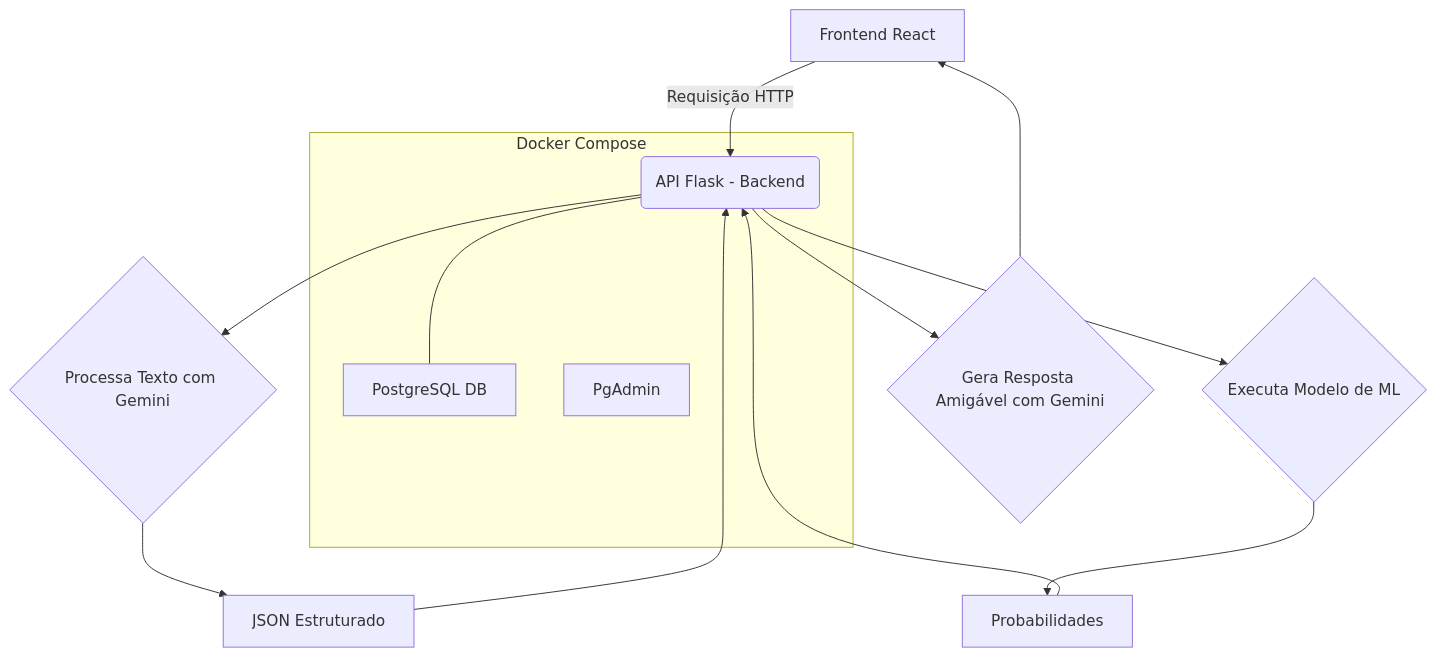
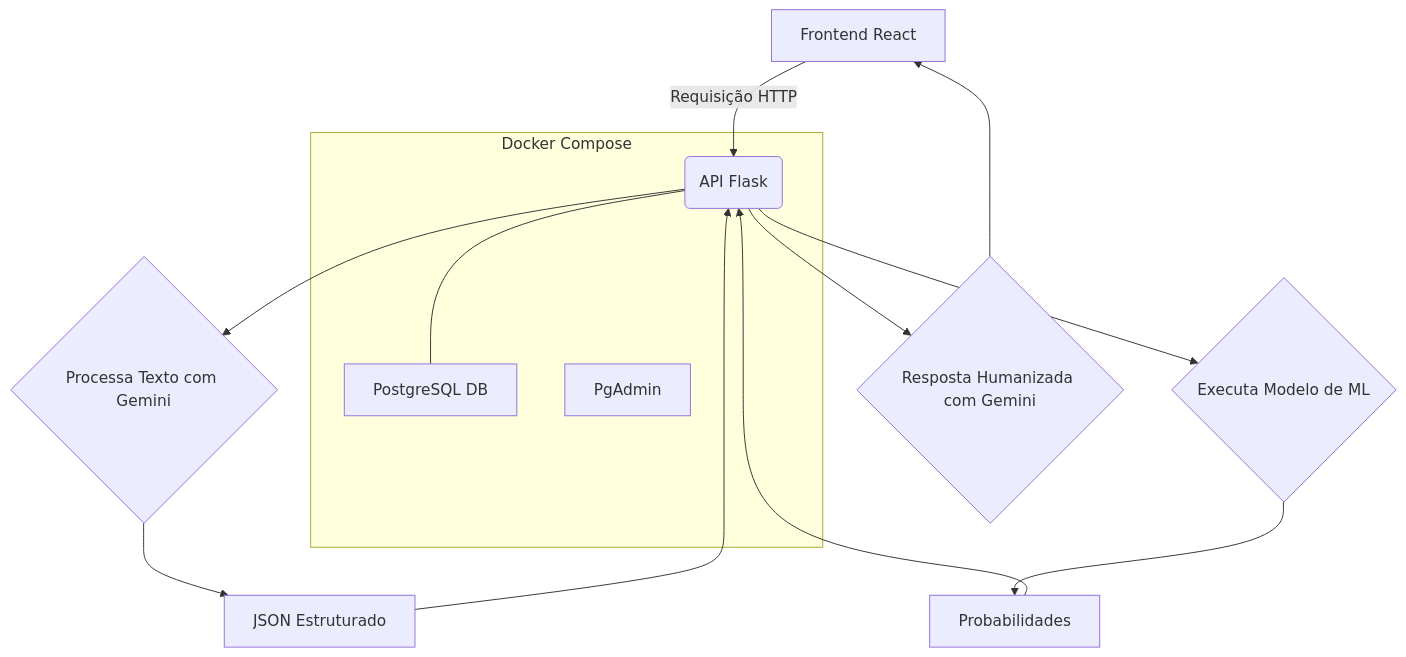
Before and after one commit to bisnet0/EpiScope---Disease-Data-Analyzer: the first of 2 diagrams in README.md, drawn with Mermaid. The commit also changed other lines of this file, not shown here.

````diff
--- a/README.md
+++ b/README.md
@@ -42,19 +43,19 @@
 ```mermaid
 graph TD
-    A[Frontend React] -->|Requisição HTTP| B(API Flask - Backend);
-    B --> C{Processa Texto com Gemini};
-    B --> D{Executa Modelo de ML};
-    C --> E[JSON Estruturado];
-    D --> F[Probabilidades];
-    E & F --> B;
-    B --> G{Gera Resposta Amigável com Gemini};
-    G --> A;
+    A[Frontend React] -->|Requisição HTTP| B(API Flask)
+    B --> C{Processa Texto com Gemini}
+    B --> D{Executa Modelo de ML}
+    C --> E[JSON Estruturado]
+    D --> F[Probabilidades]
+    E & F --> B
+    B --> G{Resposta Humanizada com Gemini}
+    G --> A
 
     subgraph "Docker Compose"
         B
         H[PostgreSQL DB]
         I[PgAdmin]
     end
 
-    B --- H;
+    B --- H
 ```
````
